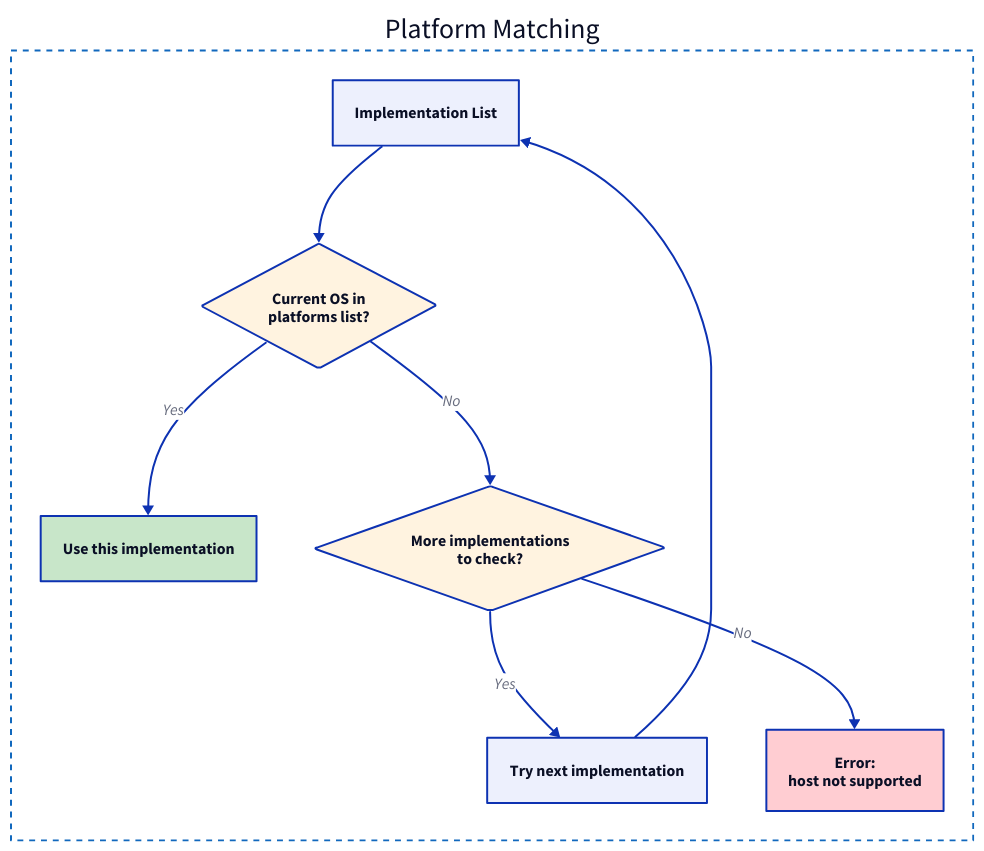
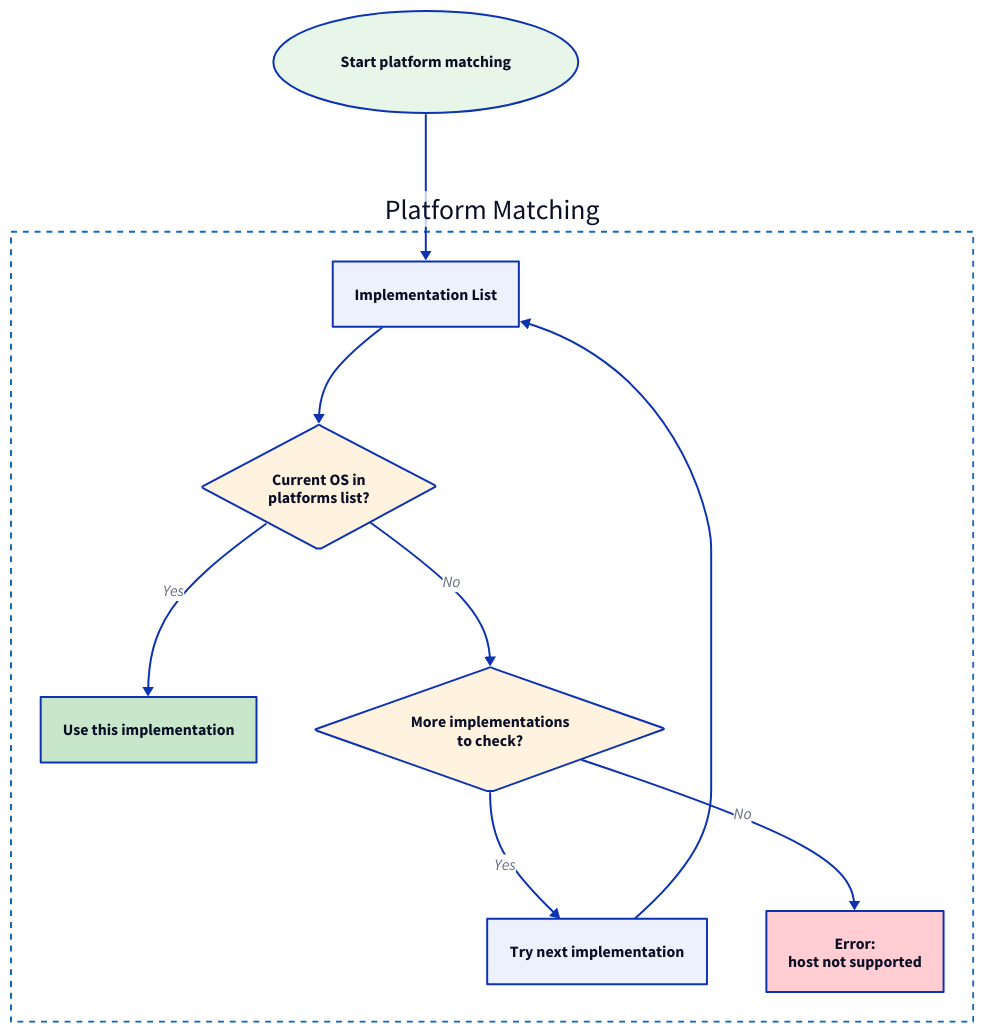
One commit to invowk/invowk changed the diagram in docs/diagrams/flowcharts/runtime-platform.d2. Above: the diagram before and after it, drawn with D2. The commit also changed 37 other files, not shown here. The source asks for the TALA layout; these drawings use dagre instead.

Commit message:
docs(diagrams): add readability guardrails and refresh d2 guidance (#63)

```diff
--- a/docs/diagrams/flowcharts/runtime-platform.d2
+++ b/docs/diagrams/flowcharts/runtime-platform.d2
@@ -1,55 +1,66 @@
 # Platform Matching Flowchart
 #
 # Shows how Invowk selects the correct implementation
 # based on the current platform (OS).
 #
 # Source: docs/architecture/flowchart-runtime-selection.md
 
 vars: {
   d2-config: {
     layout-engine: tala
   }
 }
 
 direction: down
+
+# ==============================================================================
+# Entry Point
+# ==============================================================================
+
+Start: Start platform matching {
+  shape: oval
+  style.fill: "#E8F5E9"
+}
 
 # ==============================================================================
 # Platform Matching Logic
 # ==============================================================================
 
 platform_matching: Platform Matching {
   style: {
     stroke: "#1168BD"
     stroke-dash: 3
     fill: transparent
   }
 
   Impl: Implementation List
 
   Check1: Current OS in\nplatforms list? {
     shape: diamond
     style.fill: "#FFF3E0"
   }
 
   UseIt: Use this implementation {
     style.fill: "#C8E6C9"
   }
 
   MoreImpls: More implementations\nto check? {
     shape: diamond
     style.fill: "#FFF3E0"
   }
 
   NextImpl: Try next implementation
 
   NoMatch: Error:\nhost not supported {
     style.fill: "#FFCDD2"
   }
 
   Impl -> Check1
   Check1 -> UseIt: Yes
   Check1 -> MoreImpls: No
   MoreImpls -> NextImpl: Yes
   MoreImpls -> NoMatch: No
   NextImpl -> Impl
 }
+
+Start -> platform_matching.Impl
```
